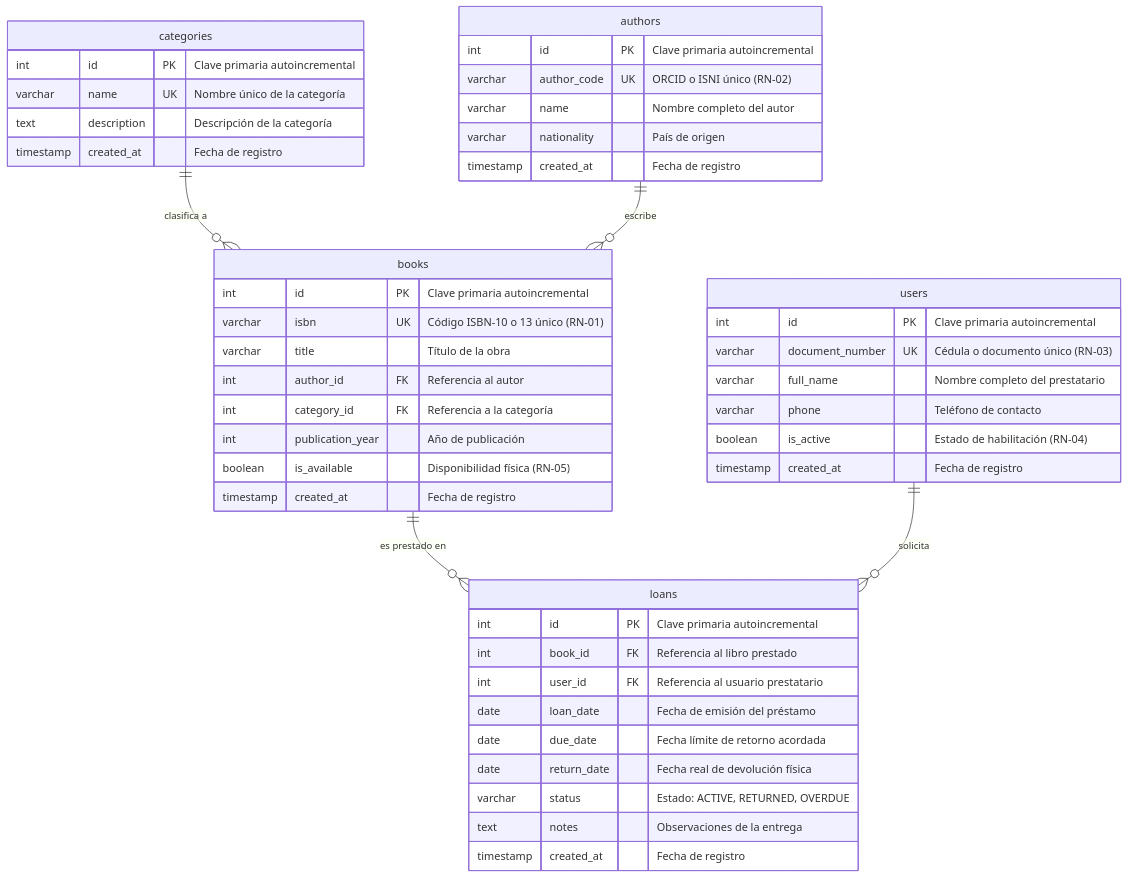
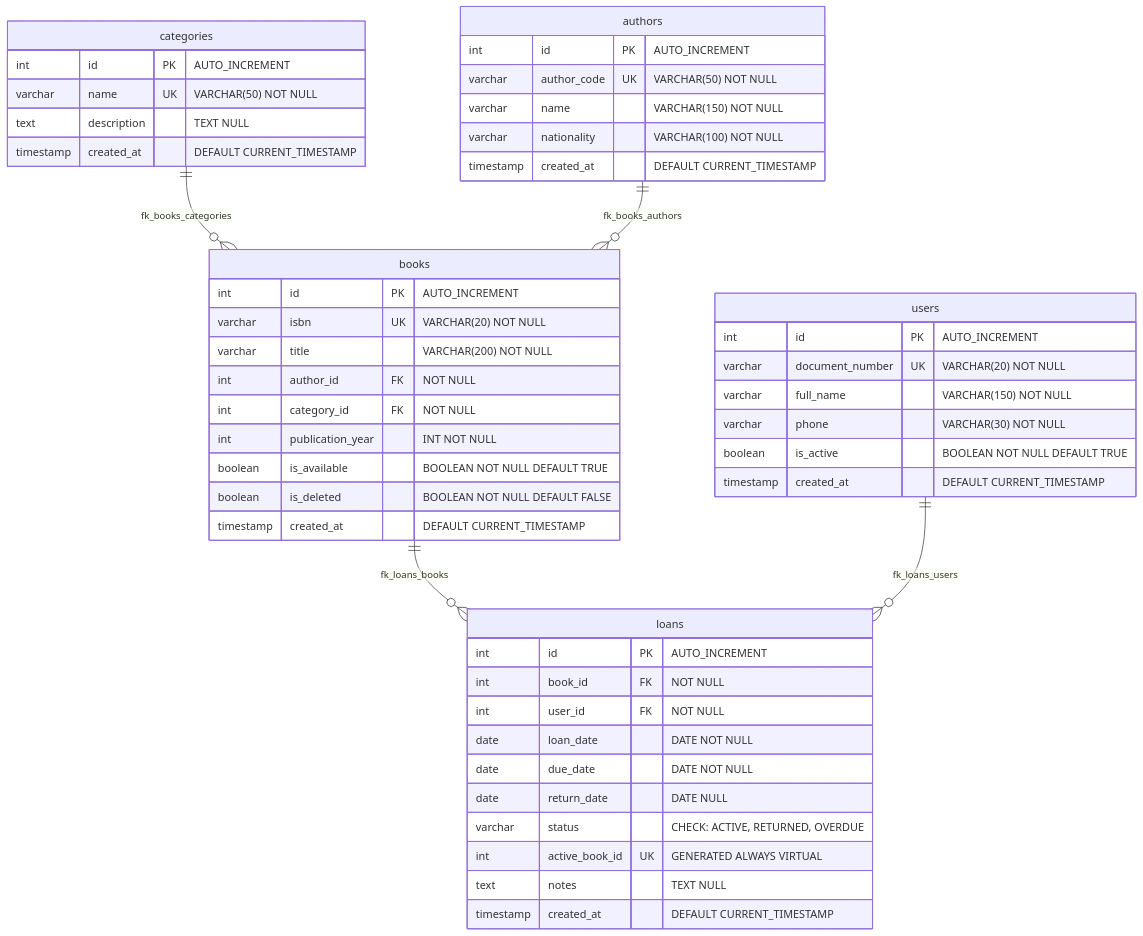
The third of 3 diagrams in docs/fase4_base_de_datos.md (JuacHomeroC12/Gestion-de-biblioteca-virtual-), drawn with Mermaid before and after one commit. The commit also changed other lines of this file, not shown here.

Commit message:
docs(fase4): agregar modelos conceptual y logico en mermaid y tabla de mapeo de entidades

````diff
--- a/docs/fase4_base_de_datos.md
+++ b/docs/fase4_base_de_datos.md
@@ -50,54 +143,56 @@
 ```mermaid
 erDiagram
-    categories ||--o{ books : "clasifica a"
-    authors ||--o{ books : "escribe"
-    books ||--o{ loans : "es prestado en"
-    users ||--o{ loans : "solicita"
+    categories ||--o{ books : "fk_books_categories"
+    authors ||--o{ books : "fk_books_authors"
+    books ||--o{ loans : "fk_loans_books"
+    users ||--o{ loans : "fk_loans_users"
 
     categories {
-        int id PK "Clave primaria autoincremental"
-        varchar name UK "Nombre único de la categoría"
-        text description "Descripción de la categoría"
-        timestamp created_at "Fecha de registro"
+        int id PK "AUTO_INCREMENT"
+        varchar name UK "VARCHAR(50) NOT NULL"
+        text description "TEXT NULL"
+        timestamp created_at "DEFAULT CURRENT_TIMESTAMP"
     }
 
     authors {
-        int id PK "Clave primaria autoincremental"
-        varchar author_code UK "ORCID o ISNI único (RN-02)"
-        varchar name "Nombre completo del autor"
-        varchar nationality "País de origen"
-        timestamp created_at "Fecha de registro"
+        int id PK "AUTO_INCREMENT"
+        varchar author_code UK "VARCHAR(50) NOT NULL"
+        varchar name "VARCHAR(150) NOT NULL"
+        varchar nationality "VARCHAR(100) NOT NULL"
+        timestamp created_at "DEFAULT CURRENT_TIMESTAMP"
     }
 
     books {
-        int id PK "Clave primaria autoincremental"
-        varchar isbn UK "Código ISBN-10 o 13 único (RN-01)"
-        varchar title "Título de la obra"
-        int author_id FK "Referencia al autor"
-        int category_id FK "Referencia a la categoría"
-        int publication_year "Año de publicación"
-        boolean is_available "Disponibilidad física (RN-05)"
-        timestamp created_at "Fecha de registro"
+        int id PK "AUTO_INCREMENT"
+        varchar isbn UK "VARCHAR(20) NOT NULL"
+        varchar title "VARCHAR(200) NOT NULL"
+        int author_id FK "NOT NULL"
+        int category_id FK "NOT NULL"
+        int publication_year "INT NOT NULL"
+        boolean is_available "BOOLEAN NOT NULL DEFAULT TRUE"
+        boolean is_deleted "BOOLEAN NOT NULL DEFAULT FALSE"
+        timestamp created_at "DEFAULT CURRENT_TIMESTAMP"
     }
 
     users {
-        int id PK "Clave primaria autoincremental"
-        varchar document_number UK "Cédula o documento único (RN-03)"
-        varchar full_name "Nombre completo del prestatario"
-        varchar phone "Teléfono de contacto"
-        boolean is_active "Estado de habilitación (RN-04)"
-        timestamp created_at "Fecha de registro"
+        int id PK "AUTO_INCREMENT"
+        varchar document_number UK "VARCHAR(20) NOT NULL"
+        varchar full_name "VARCHAR(150) NOT NULL"
+        varchar phone "VARCHAR(30) NOT NULL"
+        boolean is_active "BOOLEAN NOT NULL DEFAULT TRUE"
+        timestamp created_at "DEFAULT CURRENT_TIMESTAMP"
     }
 
     loans {
-        int id PK "Clave primaria autoincremental"
-        int book_id FK "Referencia al libro prestado"
-        int user_id FK "Referencia al usuario prestatario"
-        date loan_date "Fecha de emisión del préstamo"
-        date due_date "Fecha límite de retorno acordada"
-        date return_date "Fecha real de devolución física"
-        varchar status "Estado: ACTIVE, RETURNED, OVERDUE"
-        text notes "Observaciones de la entrega"
-        timestamp created_at "Fecha de registro"
+        int id PK "AUTO_INCREMENT"
+        int book_id FK "NOT NULL"
+        int user_id FK "NOT NULL"
+        date loan_date "DATE NOT NULL"
+        date due_date "DATE NOT NULL"
+        date return_date "DATE NULL"
+        varchar status "CHECK: ACTIVE, RETURNED, OVERDUE"
+        int active_book_id UK "GENERATED ALWAYS VIRTUAL"
+        text notes "TEXT NULL"
+        timestamp created_at "DEFAULT CURRENT_TIMESTAMP"
     }
 ```
````
